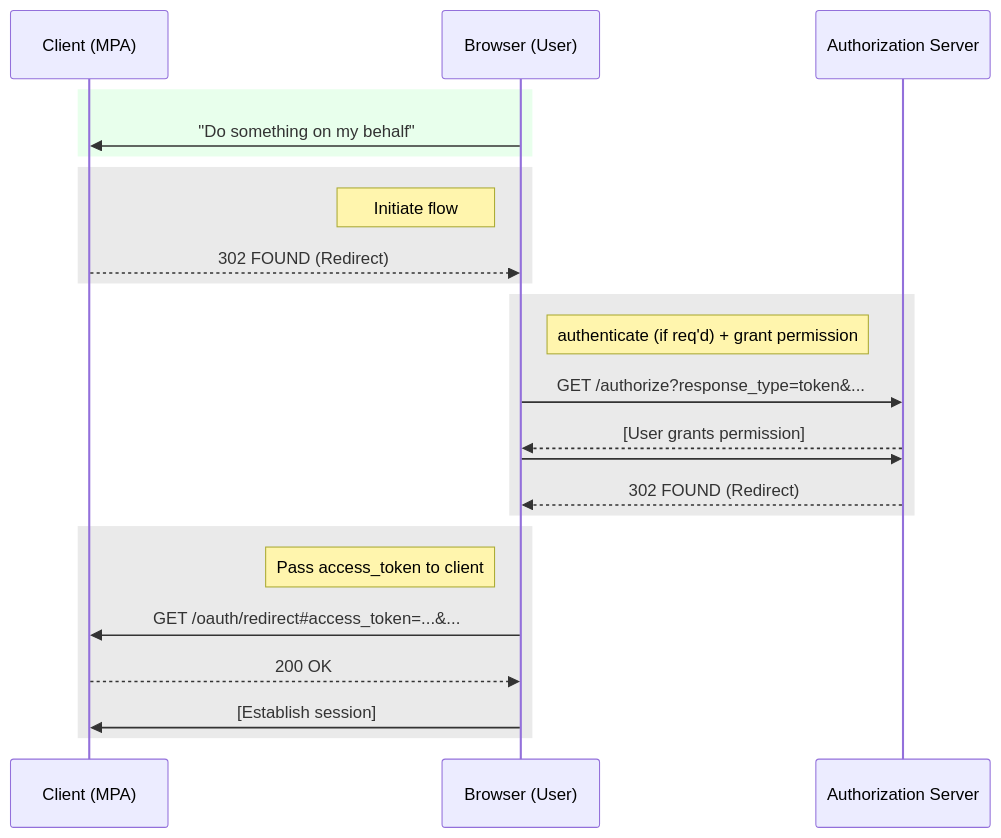
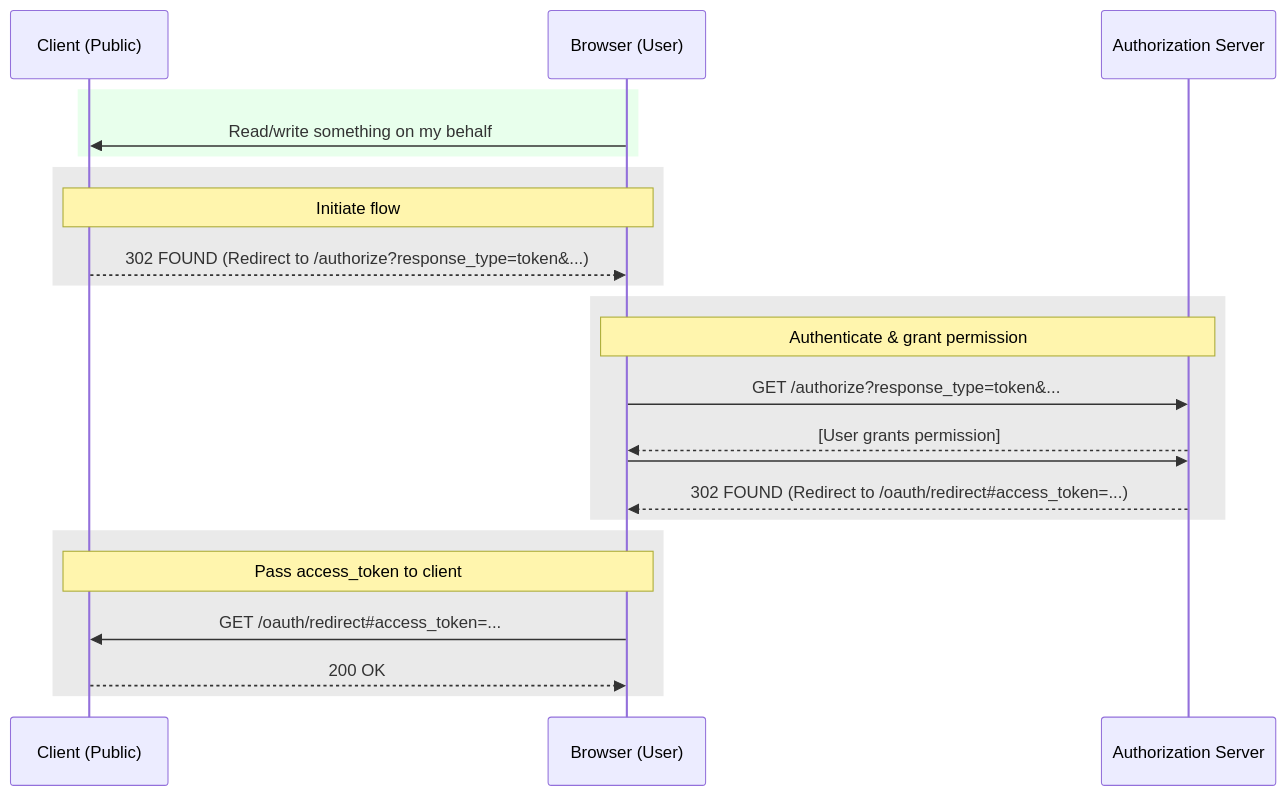
One commit to andrewrosss/oauth2-flows changed the diagram in 01_implicit.md. Above: the diagram before and after it, drawn with Mermaid. The commit also changed other lines of this file, not shown here.

````diff
--- a/01_implicit.md
+++ b/01_implicit.md
@@ -3,65 +9,43 @@
 ```mermaid
-%% Oauth2 goal: get client an access_token (+ maybe refresh_token + maybe id_token)
-
 sequenceDiagram
-  participant client as Client (MPA)
+  participant client as Client (Public)
   participant browser as Browser (User) ## User-Agent + Resource Owner + Web-Hosted Client Resource
   participant authserver as Authorization Server
 
   rect rgb(140, 255, 160, 0.2)
-    %% the user takes some action that requires the
-    %% client to act on their behalf, and thus needing
-    %% to get an access_token.
-    browser ->> client: "Do something on my behalf"
+    browser ->> client: Read/write something on my behalf
   end
 
   rect rgba(150, 150, 150, 0.2)
-    note left of browser: Initiate flow
+    note over client,browser: Initiate flow
     %% client constructs the authorization server URI
     %% and redirects the user-agent to that URI
     %% /authorize
     %%   ?response_type=token
     %%   &client_id=...         identifies the client app to the auth server
     %%   &redirect_uri=...      the registered location to redirect the client app to after the grant decision
     %%   &scope=...             the scopes/permissions the client app is requesting
     %%   &state=...             arbitrary state that the auth server will propagate back to the redirect_uri
-    client -->> browser: 302 FOUND (Redirect)
+    client -->> browser: 302 FOUND (Redirect to /authorize?response_type=token&...)
   end
 
   rect rgba(150, 150, 150, 0.2)
-    note right of browser: authenticate (if req'd) + grant permission
+    note over browser,authserver: Authenticate & grant permission
 
-    %% user-agent makes the request to the authorization server
     browser ->> authserver: GET /authorize?response_type=token&...
 
     %% user decides whether to grant requested permissions
     authserver -->> browser: [User grants permission]
     browser ->> authserver: ;
 
-    %% upon a decision, the auth server redirects to redirect_uri,
-    %% with the access_token (and friends) in the url FRAGMENT
-    %% /oauth/redirect
-    %%   #access_token=...
-    %%   &token_type=...
-    %%   &expires_in=...
-    %%   &state=...
-    authserver -->> browser: 302 FOUND (Redirect)
+    authserver -->> browser: 302 FOUND (Redirect to /oauth/redirect#35;access_token=...)
   end
 
+  rect rgba(150, 150, 150, 0.2)
+    note over client,browser: Pass access_token to client
 
-  rect rgba(150, 150, 150, 0.2)
-    note left of browser: Pass access_token to client
+    browser ->> client: GET /oauth/redirect#35;access_token=...
 
-    %% user-agent makes the request to the client (MPA)
-    %% IMPORTANT: access_token is NOT sent to the client (MPA)
-    %%            because it's in the fragment
-    browser ->> client: GET /oauth/redirect#35;access_token=...&...
-
-    %% client responds with html + js
     client -->> browser: 200 OK
-
-    %% browser-side js reads the access_token and sends it
-    %% to the client to initiate a "session" for the access_token
-    browser ->> client: [Establish session]
   end
 ```
````
